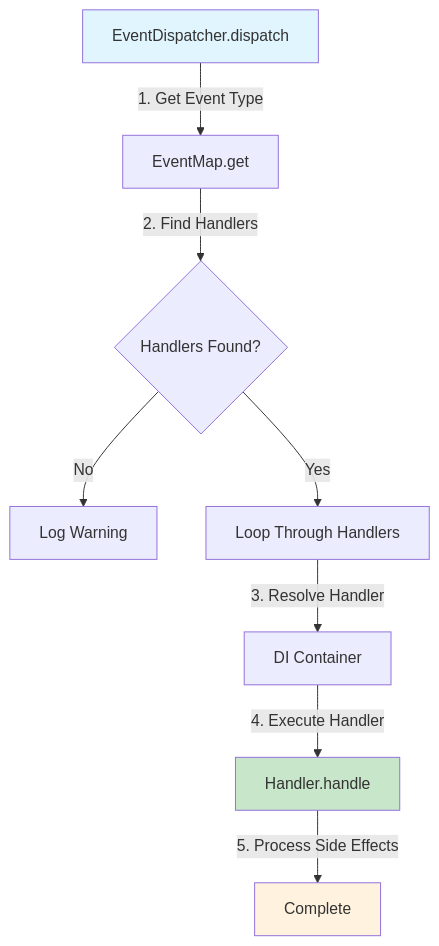
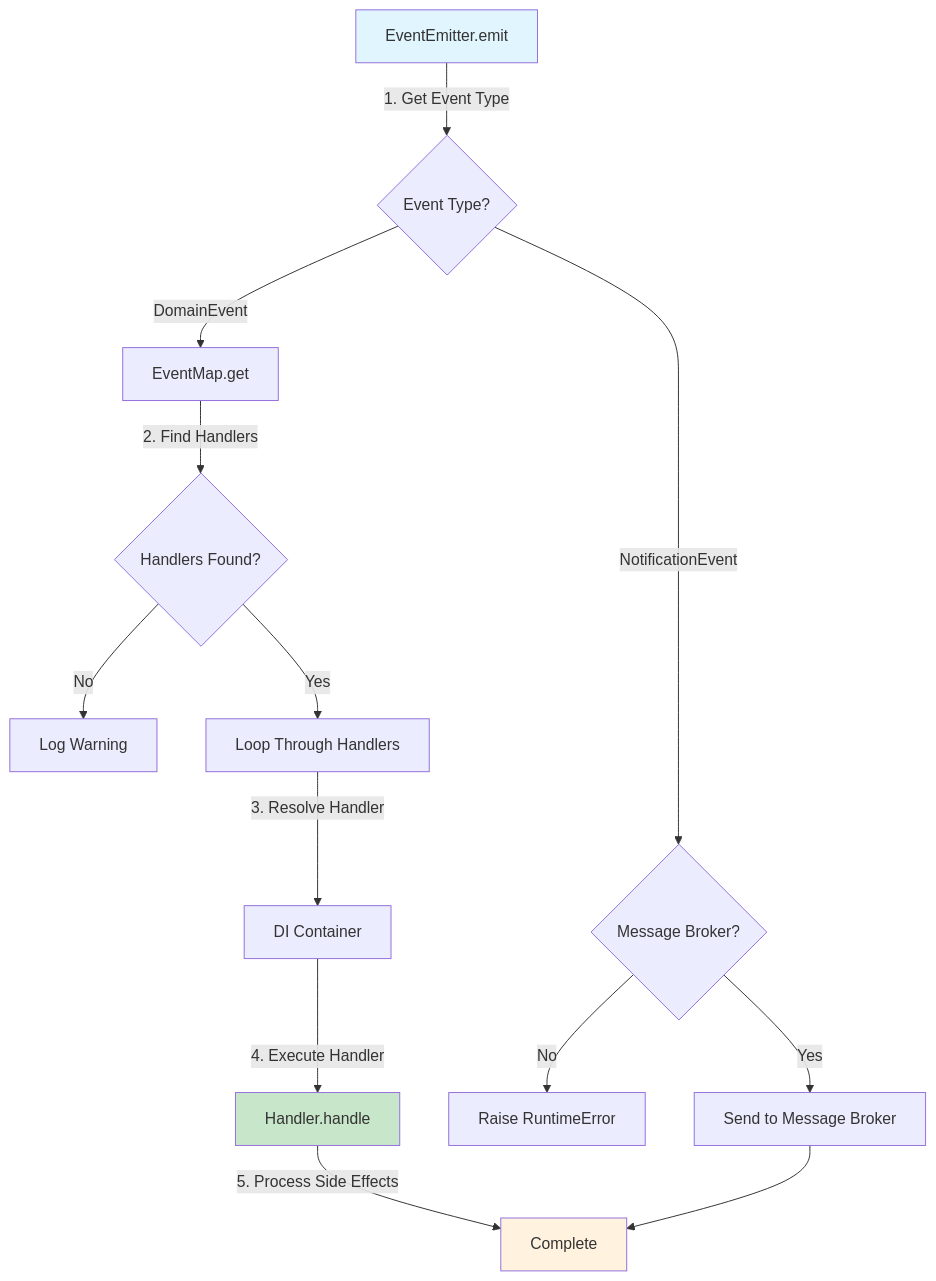
The third of 3 diagrams in docs/event_handler/event_flow.md (vadikko2/python-cqrs-mkdocs), drawn with Mermaid before and after one commit. The commit also changed other lines of this file and 2 other files, not shown here.

Commit message:
Fix event processing documentation

````diff
--- a/docs/event_handler/event_flow.md
+++ b/docs/event_handler/event_flow.md
@@ -123,14 +139,21 @@
 ```mermaid
 graph TD
-    A[EventDispatcher.dispatch] -->|1. Get Event Type| B[EventMap.get]
-    B -->|2. Find Handlers| C{Handlers Found?}
-    C -->|No| D[Log Warning]
-    C -->|Yes| E[Loop Through Handlers]
-    E -->|3. Resolve Handler| F[DI Container]
-    F -->|4. Execute Handler| G[Handler.handle]
-    G -->|5. Process Side Effects| H[Complete]
+    A[EventEmitter.emit] -->|1. Get Event Type| B{Event Type?}
+    
+    B -->|DomainEvent| C[EventMap.get]
+    C -->|2. Find Handlers| D{Handlers Found?}
+    D -->|No| E[Log Warning]
+    D -->|Yes| F[Loop Through Handlers]
+    F -->|3. Resolve Handler| G[DI Container]
+    G -->|4. Execute Handler| H[Handler.handle]
+    H -->|5. Process Side Effects| I[Complete]
+    
+    B -->|NotificationEvent| J{Message Broker?}
+    J -->|No| K[Raise RuntimeError]
+    J -->|Yes| L[Send to Message Broker]
+    L --> I
     
     style A fill:#e1f5ff
-    style G fill:#c8e6c9
-    style H fill:#fff3e0
+    style H fill:#c8e6c9
+    style I fill:#fff3e0
 ```
````
